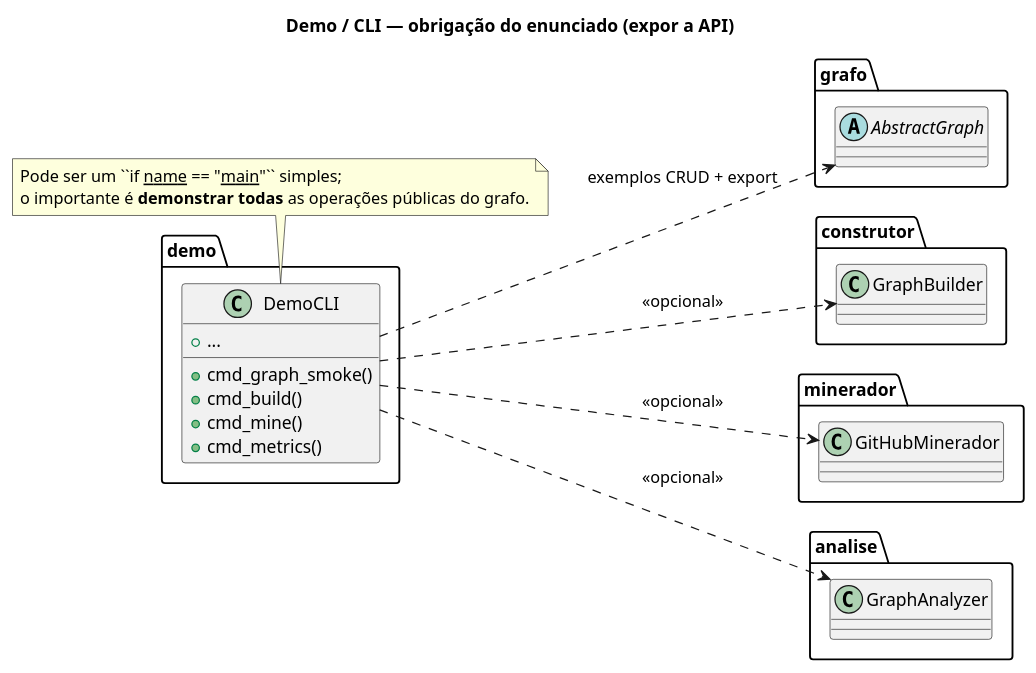
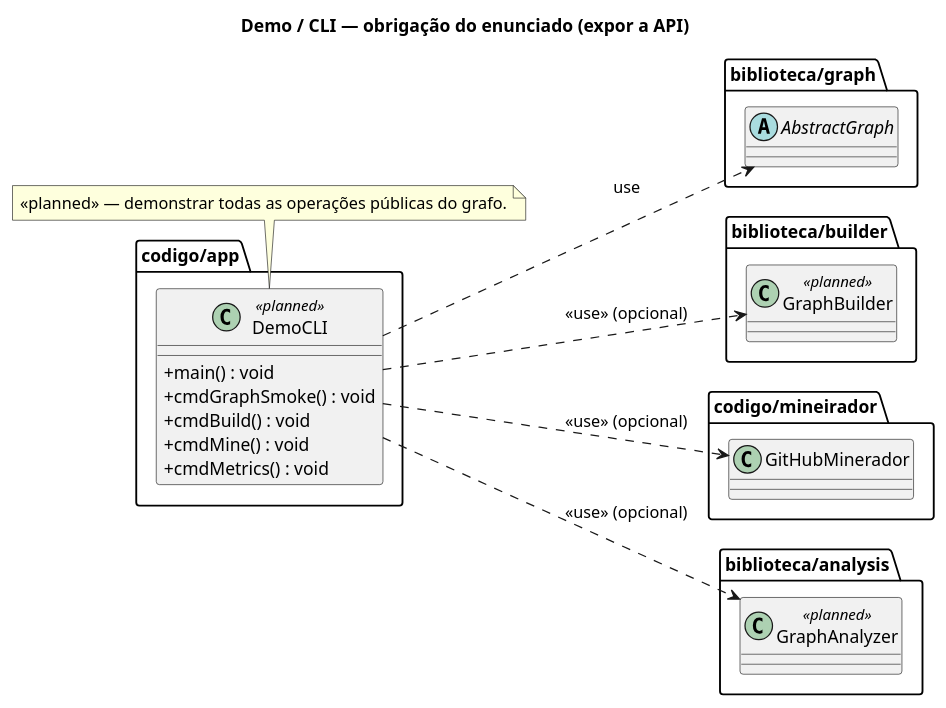
Before and after one commit to Erickguedesc/trabalho-pratico-grafos: the diagram in docs/contrato/diagrama-demo-aplicacao.puml, drawn with PlantUML. The commit also changed 9 other files, not shown here.

Commit message:
correção diagramas

```diff
--- a/docs/contrato/diagrama-demo-aplicacao.puml
+++ b/docs/contrato/diagrama-demo-aplicacao.puml
@@ -1,43 +1,44 @@
 @startuml diagrama-demo-aplicacao
 
 title Demo / CLI — obrigação do enunciado (expor a API)
 
+skinparam classAttributeIconSize 0
 left to right direction
 
-package demo {
-  class DemoCLI {
-    + cmd_graph_smoke()
-    + cmd_build()
-    + cmd_mine()
-    + cmd_metrics()
-    + ...
+package "codigo/app" as demo {
+  class DemoCLI <<planned>> {
+    __
+    + main() : void
+    + cmdGraphSmoke() : void
+    + cmdBuild() : void
+    + cmdMine() : void
+    + cmdMetrics() : void
   }
 }
 
-package grafo {
+package "biblioteca/graph" as grafo {
   abstract class AbstractGraph
 }
 
-package construtor {
-  class GraphBuilder
+package "biblioteca/builder" as construtor {
+  class GraphBuilder <<planned>>
 }
 
-package minerador {
+package "codigo/mineirador" as mineirador {
   class GitHubMinerador
 }
 
-package analise {
-  class GraphAnalyzer
+package "biblioteca/analysis" as analise {
+  class GraphAnalyzer <<planned>>
 }
 
-DemoCLI ..> AbstractGraph : exemplos CRUD + export
-DemoCLI ..> GraphBuilder : <<opcional>>
-DemoCLI ..> GitHubMinerador : <<opcional>>
-DemoCLI ..> GraphAnalyzer : <<opcional>>
+DemoCLI ..> AbstractGraph : «use»
+DemoCLI ..> GraphBuilder : «use» (opcional)
+DemoCLI ..> GitHubMinerador : «use» (opcional)
+DemoCLI ..> GraphAnalyzer : «use» (opcional)
 
 note bottom of DemoCLI
-  Pode ser um ``if __name__ == "__main__"`` simples;
-  o importante é **demonstrar todas** as operações públicas do grafo.
+  <<planned>> — demonstrar todas as operações públicas do grafo.
 end note
 
 @enduml
```
